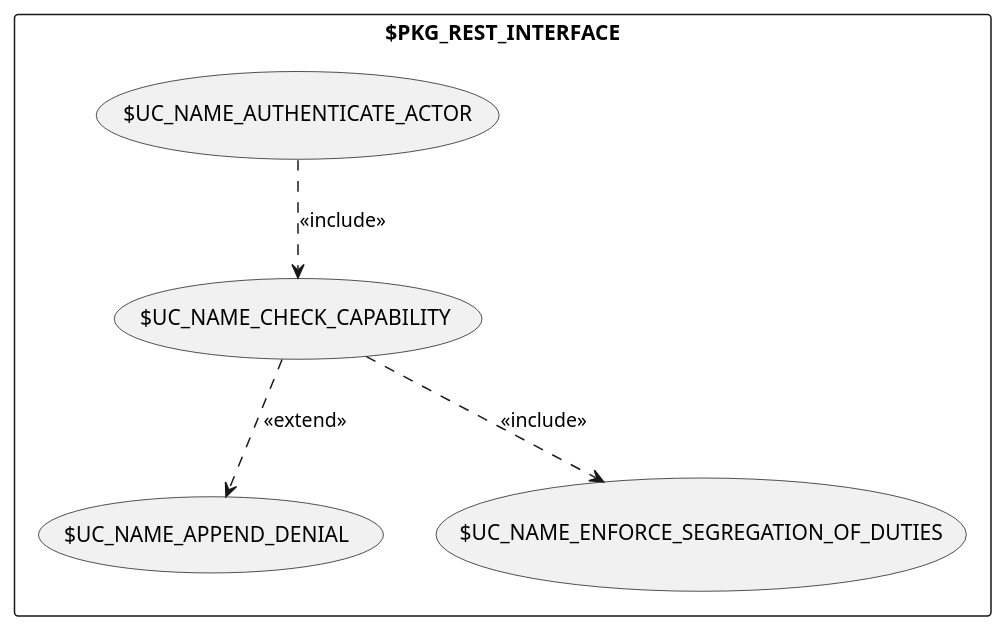
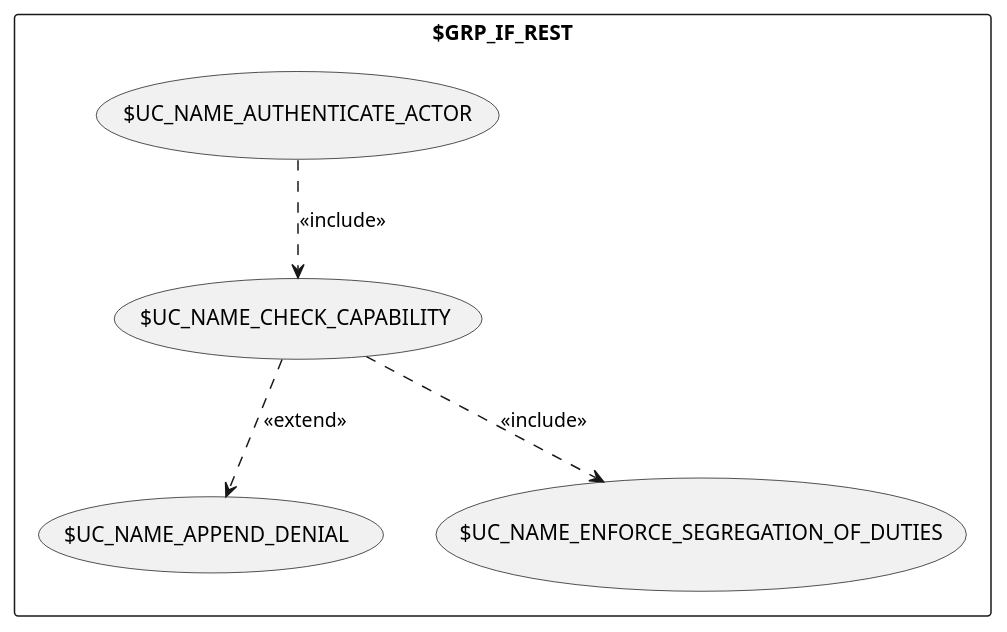
The diagram in docs/usecase/common/uc_section_authorization.puml (salimnamvar/selma), drawn with PlantUML before and after one commit. The commit also changed 35 other files, not shown here.

First line of the commit message:
fix(docs): bind use case groups to package title SSoT

```diff
--- a/docs/usecase/common/uc_section_authorization.puml
+++ b/docs/usecase/common/uc_section_authorization.puml
@@ -1,17 +1,18 @@
 ' ============================================================
 ' Section: uc_section_authorization.puml
-' Group:   rest_interface (C4: api) — capability / segregation gate
-' Actor-visible ingress goals; not *_application use-case classes.
+' Group SSoT: $TITLE_IF_REST = rest_interface (C4: api)
+'             == package IF_REST == class rest_interface
+' Gate goals at driving adapter (not *_application package)
 ' ============================================================
 
-rectangle "$PKG_REST_INTERFACE" as GRP_AUTH $UC_PKG_INTERFACE {
+rectangle "$GRP_IF_REST" as GRP_AUTH $UC_PKG_INTERFACE {
 
   usecase "$UC_NAME_AUTHENTICATE_ACTOR" as UC_AUTH_AUTHN $CA_FILL_INTERFACE
   usecase "$UC_NAME_CHECK_CAPABILITY" as UC_AUTH_CHECK $CA_FILL_GATE
   usecase "$UC_NAME_APPEND_DENIAL" as UC_AUTH_DENY $CA_FILL_GATE
   usecase "$UC_NAME_ENFORCE_SEGREGATION_OF_DUTIES" as UC_AUTH_SOD $CA_FILL_GATE
 
   UC_AUTH_AUTHN ..> UC_AUTH_CHECK : <<include>>
   UC_AUTH_CHECK ..> UC_AUTH_SOD : <<include>>
   UC_AUTH_CHECK ..> UC_AUTH_DENY : <<extend>>
 }
```
